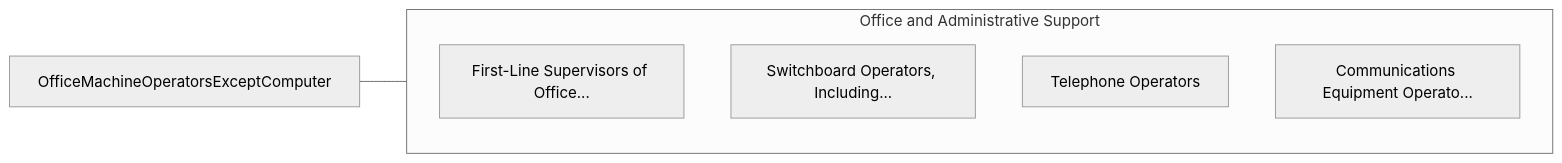
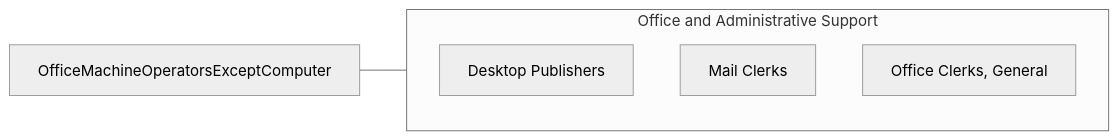
The third of 3 diagrams in occupations/Administrative/OfficeMachineOperatorsExceptComputer.mdx (kziemski/business.org.ai), drawn with Mermaid (neutral theme) before and after one commit. The commit also changed other lines of this file and 938 other files, not shown here.

````diff
--- a/occupations/Administrative/OfficeMachineOperatorsExceptComputer.mdx
+++ b/occupations/Administrative/OfficeMachineOperatorsExceptComputer.mdx
@@ -107,13 +99,10 @@
 ```mermaid
 graph LR
     Current["OfficeMachineOperatorsExceptComputer"]
-
     subgraph SameCategory["Office and Administrative Support"]
-        FirstLineSupervisors["First-Line Supervisors of Office..."]
-        SwitchboardOperators["Switchboard Operators, Including..."]
-        TelephoneOperators["Telephone Operators"]
-        CommunicationsEquipm["Communications Equipment Operato..."]
+        RDesktopPublishers["Desktop Publishers"]
+        RMailClerks["Mail Clerks"]
+        ROfficeClerks["Office Clerks, General"]
     end
-
     Current --- SameCategory
 ```
````
